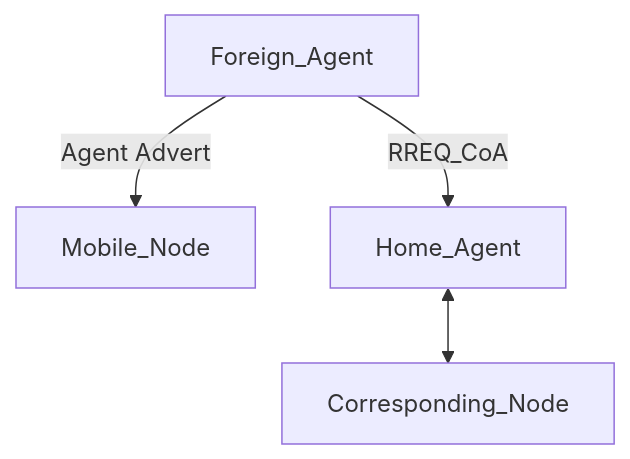
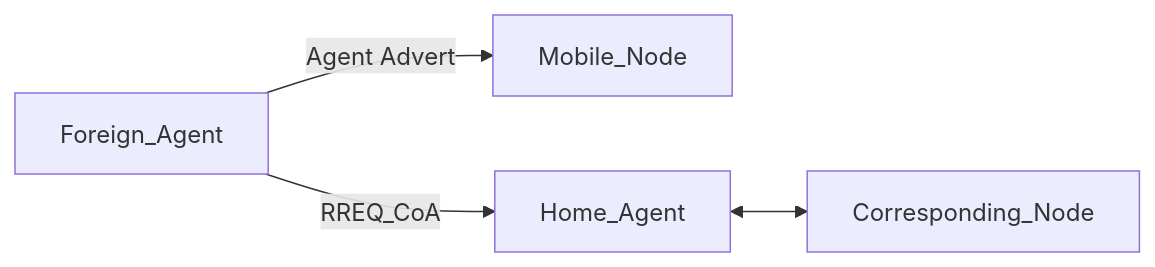
One commit to juakali-networks/mip changed the diagram in README.md. Above: the diagram before and after it, drawn with Mermaid.

Commit message:
Added diagram to ReadMe

````diff
--- a/README.md
+++ b/README.md
@@ -26,6 +26,6 @@
 ```mermaid
-flowchart TD;
+flowchart LR;
     Foreign_Agent-->|Agent Advert|Mobile_Node;
     Home_Agent<-->Corresponding_Node;
     Foreign_Agent-->|RREQ_CoA|Home_Agent;
 ```
````
